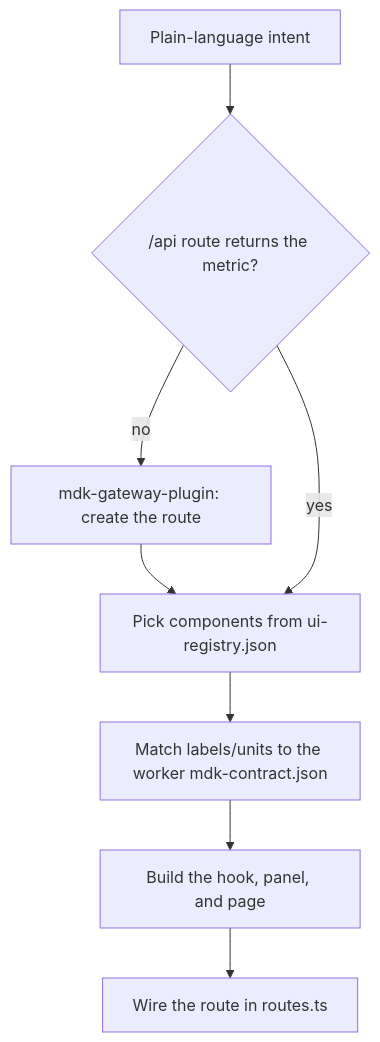
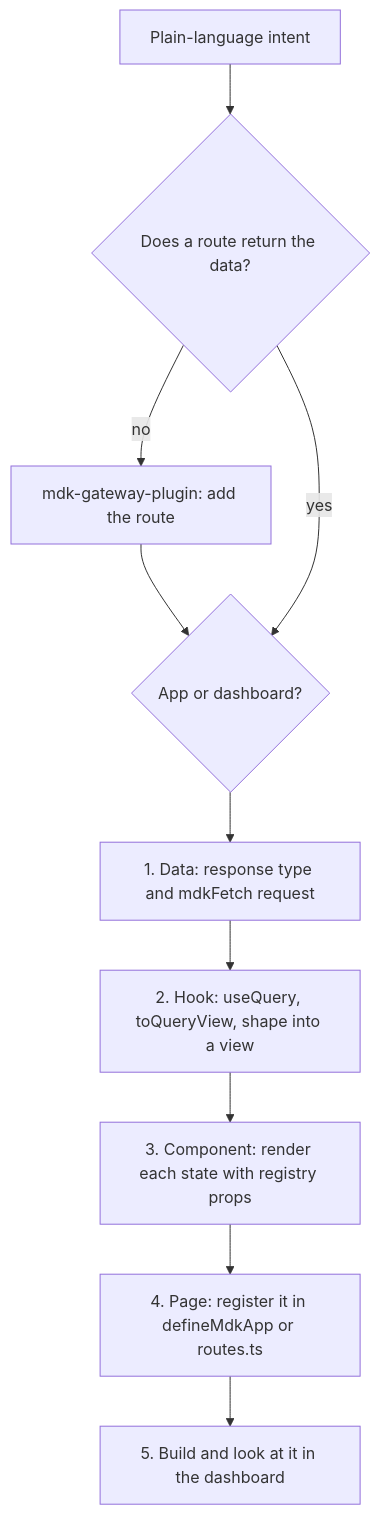
One commit to tekwani/mdk changed the diagram in packages/mdk-skill/src/skills/mdk-ui-component/SKILL.md. Above: the diagram before and after it, drawn with Mermaid. The commit also changed other lines of this file and 588 other files, not shown here.

````diff
--- a/packages/mdk-skill/src/skills/mdk-ui-component/SKILL.md
+++ b/packages/mdk-skill/src/skills/mdk-ui-component/SKILL.md
@@ -48,16 +48,17 @@
 ```mermaid
 flowchart TD
   intent["Plain-language intent"]
-  route{"/api route returns the metric?"}
-  gateway["mdk-gateway-plugin: create the route"]
-  registry["Pick components from ui-registry.json"]
-  contract["Match labels/units to the worker mdk-contract.json"]
-  build["Build the hook, panel, and page"]
-  wire["Wire the route in routes.ts"]
+  route{"Does a route return the data?"}
+  gateway["mdk-gateway-plugin: add the route"]
+  where{"App or dashboard?"}
+  data["1. Data: response type and mdkFetch request"]
+  hook["2. Hook: useQuery, toQueryView, shape into a view"]
+  component["3. Component: render each state with registry props"]
+  page["4. Page: register it in defineMdkApp or routes.ts"]
+  verify["5. Build and look at it in the dashboard"]
 
   intent --> route
-  route -->|no| gateway --> registry
-  route -->|yes| registry
-  registry --> contract
-  contract --> build --> wire
+  route -->|no| gateway --> where
+  route -->|yes| where
+  where --> data --> hook --> component --> page --> verify
 ```
````
